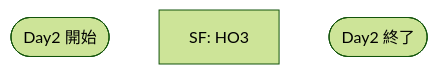
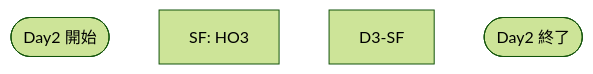
One commit to KarasuTatehi/last-resort-disturbance changed the third of 3 diagrams in specs/routing.md. Above: the diagram before and after it, drawn with Mermaid (forest theme). The commit also changed other lines of this file, not shown here.

````diff
--- a/specs/routing.md
+++ b/specs/routing.md
@@ -69,7 +69,7 @@
 ```mermaid
 flowchart TD
 D3S([Day2 開始])
 D3-SF-HO3["SF: HO3"]
-
+D3-SF
 D3E([Day2 終了])
 ```
````
